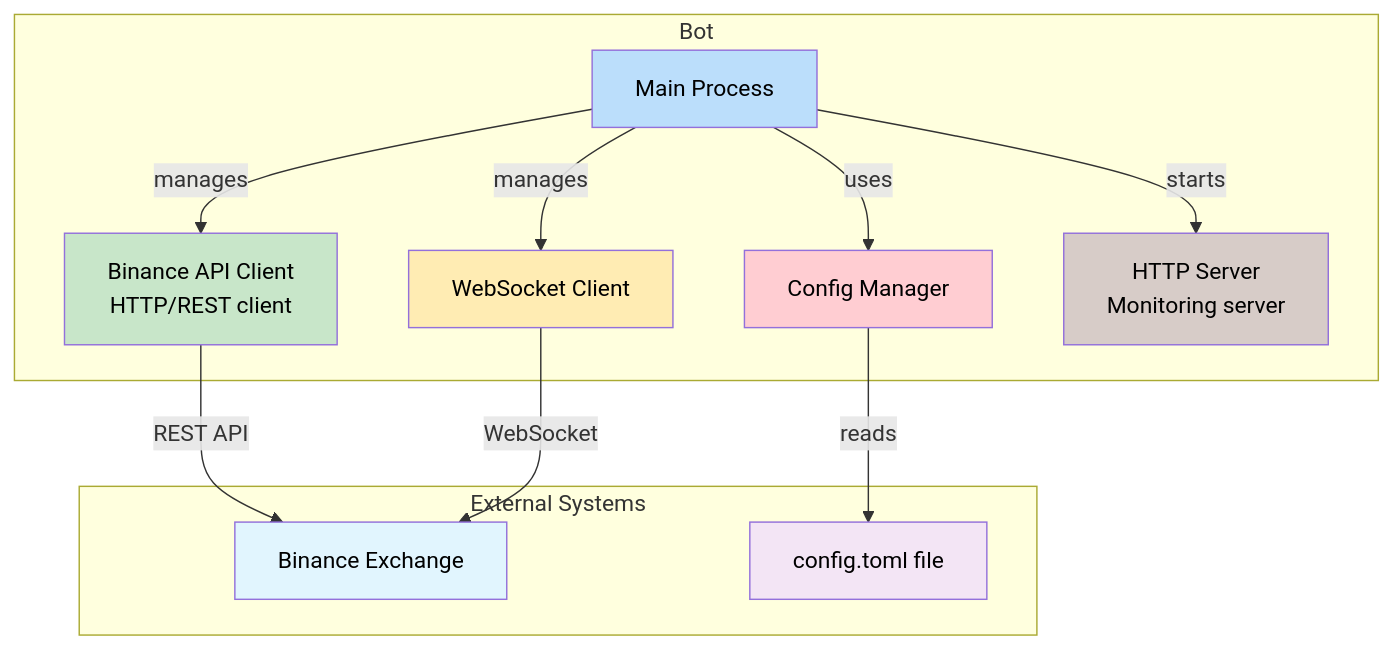
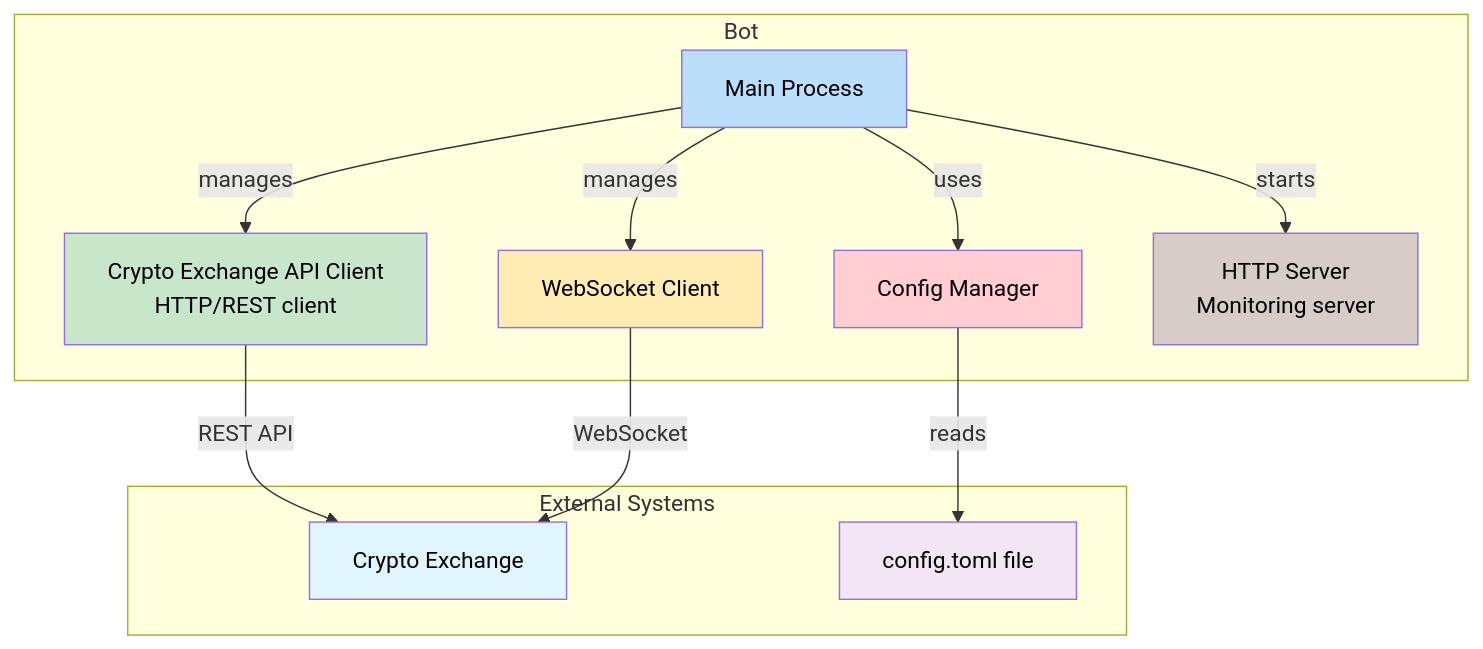
Before and after one commit to mkbeh/arb-bot-rs: the second of 6 diagrams in README.md, drawn with Mermaid. The commit also changed other lines of this file, not shown here.

````diff
--- a/README.md
+++ b/README.md
@@ -106,30 +103,30 @@
 ```mermaid
 flowchart TB
     subgraph ArbBotRS[Bot]
         MainProcess[Main Process]
-        BinanceAPIClient[Binance API Client<br/>HTTP/REST client]
+        CryptoAPIClient[Crypto Exchange API Client<br/>HTTP/REST client]
         WSClient[WebSocket Client]
         ConfigManager[Config Manager]
         HTTPServer[HTTP Server<br/>Monitoring server]
-        MainProcess -->|manages| BinanceAPIClient
+        MainProcess -->|manages| CryptoAPIClient
         MainProcess -->|manages| WSClient
         MainProcess -->|uses| ConfigManager
         MainProcess -->|starts| HTTPServer
     end
 
     subgraph ExternalSystems[External Systems]
-        Binance[Binance Exchange]
+        Crypto[Crypto Exchange]
         ConfigFile[config.toml file]
     end
 
-    BinanceAPIClient -->|REST API| Binance
-    WSClient -->|WebSocket| Binance
+    CryptoAPIClient -->|REST API| Crypto
+    WSClient -->|WebSocket| Crypto
     ConfigManager -->|reads| ConfigFile
     style MainProcess fill: #bbdefb, color: #000000
-    style BinanceAPIClient fill: #c8e6c9, color: #000000
+    style CryptoAPIClient fill: #c8e6c9, color: #000000
     style WSClient fill: #ffecb3, color: #000000
     style ConfigManager fill: #ffcdd2, color: #000000
     style HTTPServer fill: #d7ccc8, color: #000000
-    style Binance fill: #e1f5fe, color: #000000
+    style Crypto fill: #e1f5fe, color: #000000
     style ConfigFile fill: #f3e5f5, color: #000000
 ```
````
